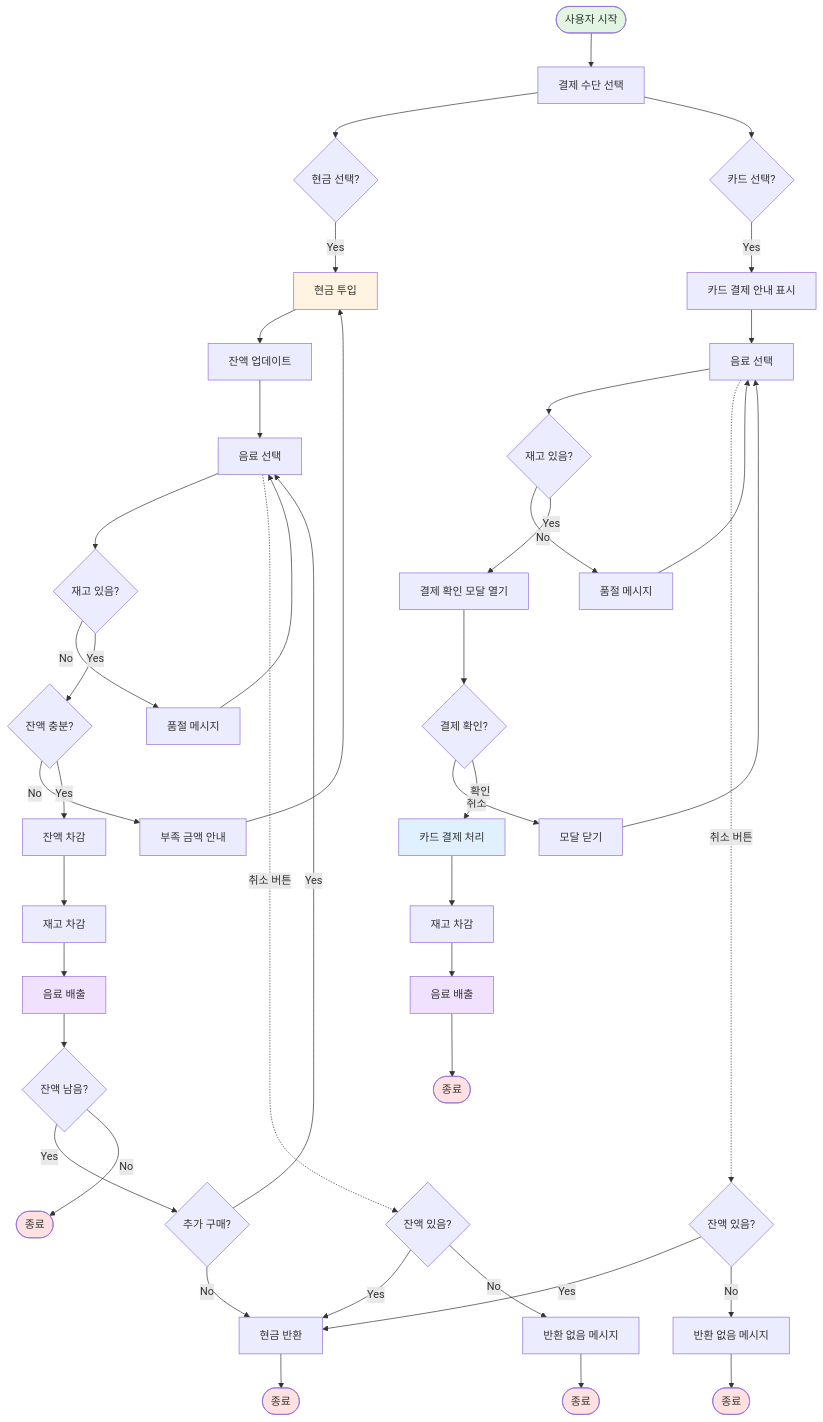
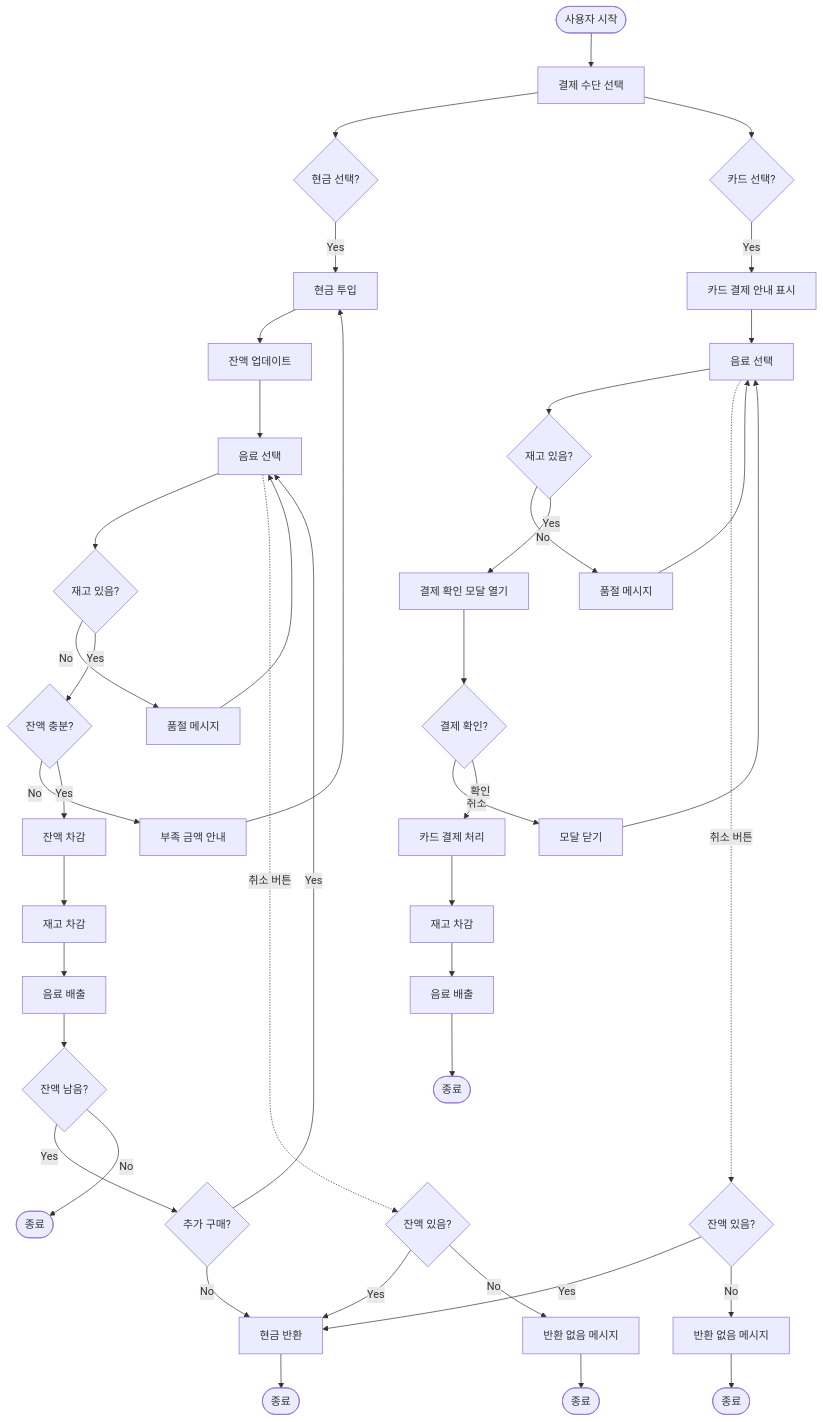
Before and after one commit to G-hoon/jihoon-vending-machine: the first of 2 diagrams in FLOWCHART.md, drawn with Mermaid. The commit also changed other lines of this file and 1 other file, not shown here.

First line of the commit message:
docs: 다이어그램 및 플로우차트 문서 수정

````diff
--- a/FLOWCHART.md
+++ b/FLOWCHART.md
@@ -3,74 +3,63 @@
 ```mermaid
 flowchart TD
     Start([사용자 시작]) --> SelectPayment[결제 수단 선택]
 
     SelectPayment --> CashMode{현금 선택?}
     SelectPayment --> CardMode{카드 선택?}
 
     %% 현금 결제 플로우
     CashMode -->|Yes| InsertCash[현금 투입]
     InsertCash --> UpdateBalance[잔액 업데이트]
     UpdateBalance --> SelectBeverage1[음료 선택]
 
     SelectBeverage1 --> CheckStock1{재고 있음?}
     CheckStock1 -->|No| OutOfStock1[품절 메시지]
     OutOfStock1 --> SelectBeverage1
 
     CheckStock1 -->|Yes| CheckBalance{잔액 충분?}
     CheckBalance -->|No| InsufficientBalance[부족 금액 안내]
     InsufficientBalance --> InsertCash
 
     CheckBalance -->|Yes| DeductBalance[잔액 차감]
     DeductBalance --> DeductStock1[재고 차감]
     DeductStock1 --> DispenseBeverage1[음료 배출]
     DispenseBeverage1 --> RemainingBalance{잔액 남음?}
 
     RemainingBalance -->|Yes| ContinuePurchase{추가 구매?}
     ContinuePurchase -->|Yes| SelectBeverage1
     ContinuePurchase -->|No| RefundCash[현금 반환]
 
     RemainingBalance -->|No| End1([종료])
     RefundCash --> End2([종료])
 
     %% 카드 결제 플로우
     CardMode -->|Yes| ShowCardMessage[카드 결제 안내 표시]
     ShowCardMessage --> SelectBeverage2[음료 선택]
 
     SelectBeverage2 --> CheckStock2{재고 있음?}
     CheckStock2 -->|No| OutOfStock2[품절 메시지]
     OutOfStock2 --> SelectBeverage2
 
     CheckStock2 -->|Yes| OpenModal[결제 확인 모달 열기]
     OpenModal --> UserConfirm{결제 확인?}
 
     UserConfirm -->|취소| CloseModal[모달 닫기]
     CloseModal --> SelectBeverage2
 
     UserConfirm -->|확인| ProcessPayment[카드 결제 처리]
     ProcessPayment --> DeductStock2[재고 차감]
     DeductStock2 --> DispenseBeverage2[음료 배출]
     DispenseBeverage2 --> End3([종료])
 
     %% 취소/반환
     SelectBeverage1 -.->|취소 버튼| CancelCheck1{잔액 있음?}
     SelectBeverage2 -.->|취소 버튼| CancelCheck2{잔액 있음?}
 
     CancelCheck1 -->|Yes| RefundCash
     CancelCheck1 -->|No| NoRefund1[반환 없음 메시지]
     NoRefund1 --> End4([종료])
 
     CancelCheck2 -->|Yes| RefundCash
     CancelCheck2 -->|No| NoRefund2[반환 없음 메시지]
     NoRefund2 --> End5([종료])
-
-    style Start fill:#e1f5e1
-    style End1 fill:#ffe1e1
-    style End2 fill:#ffe1e1
-    style End3 fill:#ffe1e1
-    style End4 fill:#ffe1e1
-    style End5 fill:#ffe1e1
-    style InsertCash fill:#fff4e1
-    style ProcessPayment fill:#e1f0ff
-    style DispenseBeverage1 fill:#f0e1ff
-    style DispenseBeverage2 fill:#f0e1ff
 ```
````
